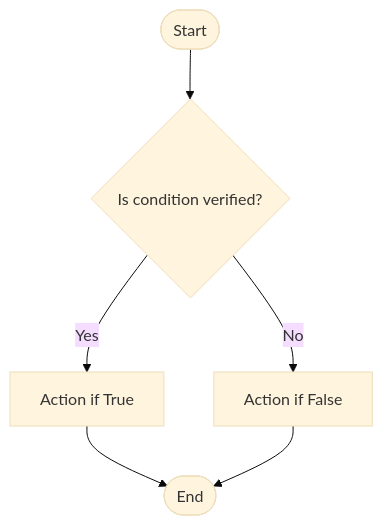
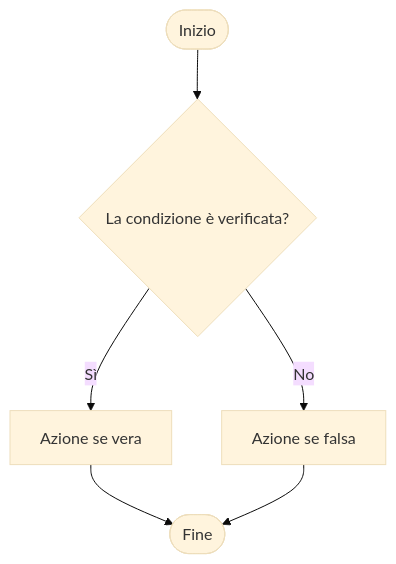
Before and after one commit to gdegani/its-programmazione: the fifth of 10 diagrams in pages/lezione_01.md, drawn with Mermaid (base theme). The commit also changed other lines of this file and 9 other files, not shown here.

````diff
--- a/pages/lezione_01.md
+++ b/pages/lezione_01.md
@@ -255,8 +255,8 @@
 ```mermaid {scale: 0.9, alt: 'A diagram'}
 flowchart TD
-    Start([Start]) --> Condition{Is condition verified?}
-    Condition -- Yes --> Action1[Action if True]
-    Condition -- No --> Action2[Action if False]
-    Action1 --> End([End])
-    Action2 --> End([End])
+    Start([Inizio]) --> Condition{La condizione è verificata?}
+    Condition -- Sì --> Action1[Azione se vera]
+    Condition -- No --> Action2[Azione se falsa]
+    Action1 --> End([Fine])
+    Action2 --> End([Fine])
 ```
````
